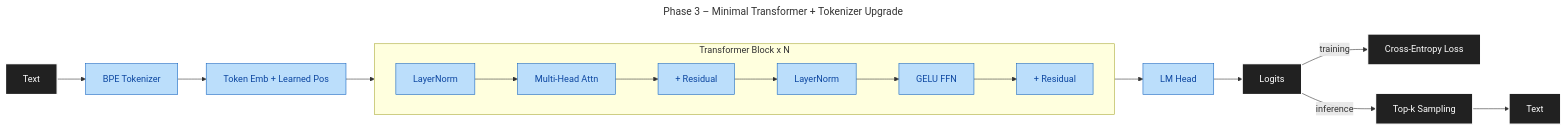
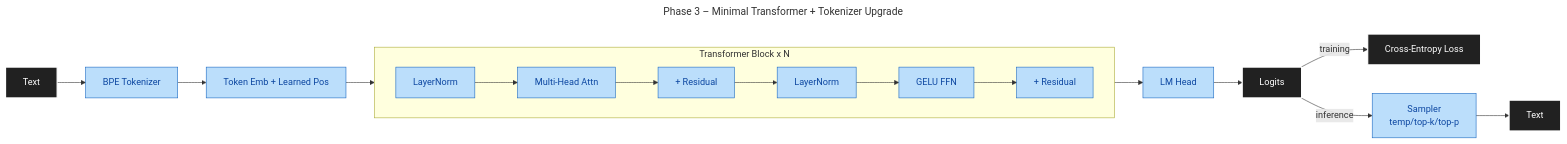
Before and after one commit to maxjbarfuss/max_llm: the second of 7 diagrams in docs/DESIGN.md, drawn with Mermaid. The commit also changed other lines of this file and 11 other files, not shown here.

Commit message:
Refactor inference utilities and sampling

````diff
--- a/docs/DESIGN.md
+++ b/docs/DESIGN.md
@@ -29,16 +29,16 @@
 ```mermaid
 ---
 title: Phase 3 – Minimal Transformer + Tokenizer Upgrade
 ---
 graph LR
     A[Text]:::io --> B[BPE Tokenizer]:::p3 --> C[Token Emb + Learned Pos]:::p3 --> Block
     subgraph Block[Transformer Block x N]
         direction LR
         D[LayerNorm]:::p3 --> E[Multi-Head Attn]:::p3 --> F[+ Residual]:::p3 --> G[LayerNorm]:::p3 --> H[GELU FFN]:::p3 --> I[+ Residual]:::p3
     end
     Block --> J[LM Head]:::p3 --> K[Logits]:::io
     K -->|training| L[Cross-Entropy Loss]:::io
-    K -->|inference| M[Top-k Sampling]:::io --> N[Text]:::io
+    K -->|inference| M[Sampler<br/>temp/top-k/top-p]:::p3 --> N[Text]:::io
     classDef io fill:#212121,stroke:#FFFFFF,color:#FFFFFF,stroke-width:2px
     classDef p3 fill:#BBDEFB,stroke:#1565C0,color:#0D47A1
 ```
````
